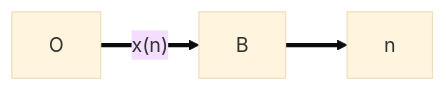
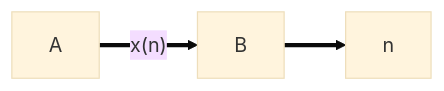
One commit to valiha-com/dasp_tutorial changed the first of 2 diagrams in README.md. Above: the diagram before and after it, drawn with Mermaid (base theme).

````diff
--- a/README.md
+++ b/README.md
@@ -62,4 +62,4 @@
 ```mermaid
 flowchart LR
-   O == x(n) ==> B ==> x[n]
+   A == x(n) ==> B ==> x[n]
 ```
````
